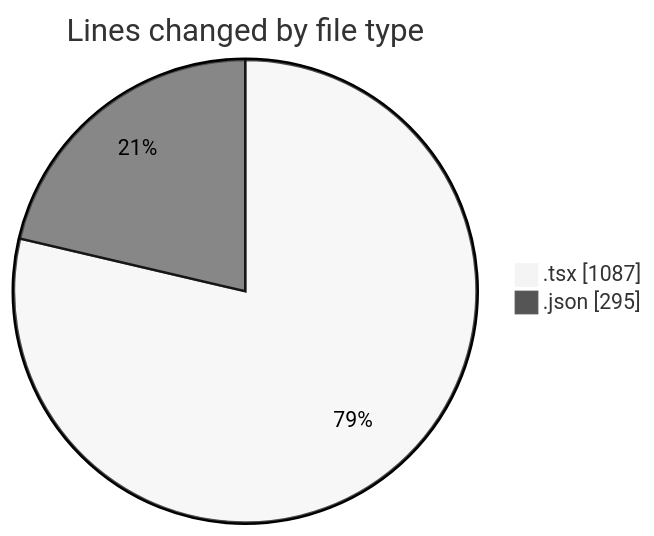
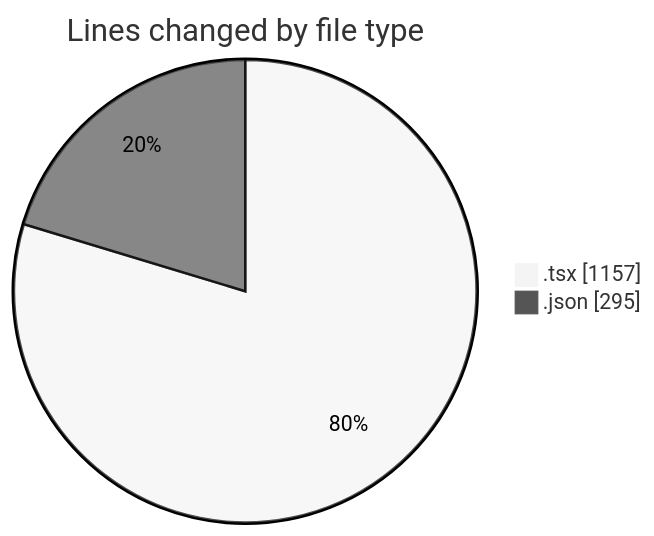
The first of 2 diagrams in 2025-10-11/eventscop-frontend-guide__workspace_/README.md (julien-gomy/code-tracking), drawn with Mermaid (neutral theme) before and after one commit. The commit also changed other lines of this file and 1 other file, not shown here.

````diff
--- a/2025-10-11/eventscop-frontend-guide__workspace_/README.md
+++ b/2025-10-11/eventscop-frontend-guide__workspace_/README.md
@@ -28,6 +30,6 @@
 ```mermaid
 pie showData
 title Lines changed by file type
-".tsx" : 1087
+".tsx" : 1157
 ".json" : 295
 ```
````
